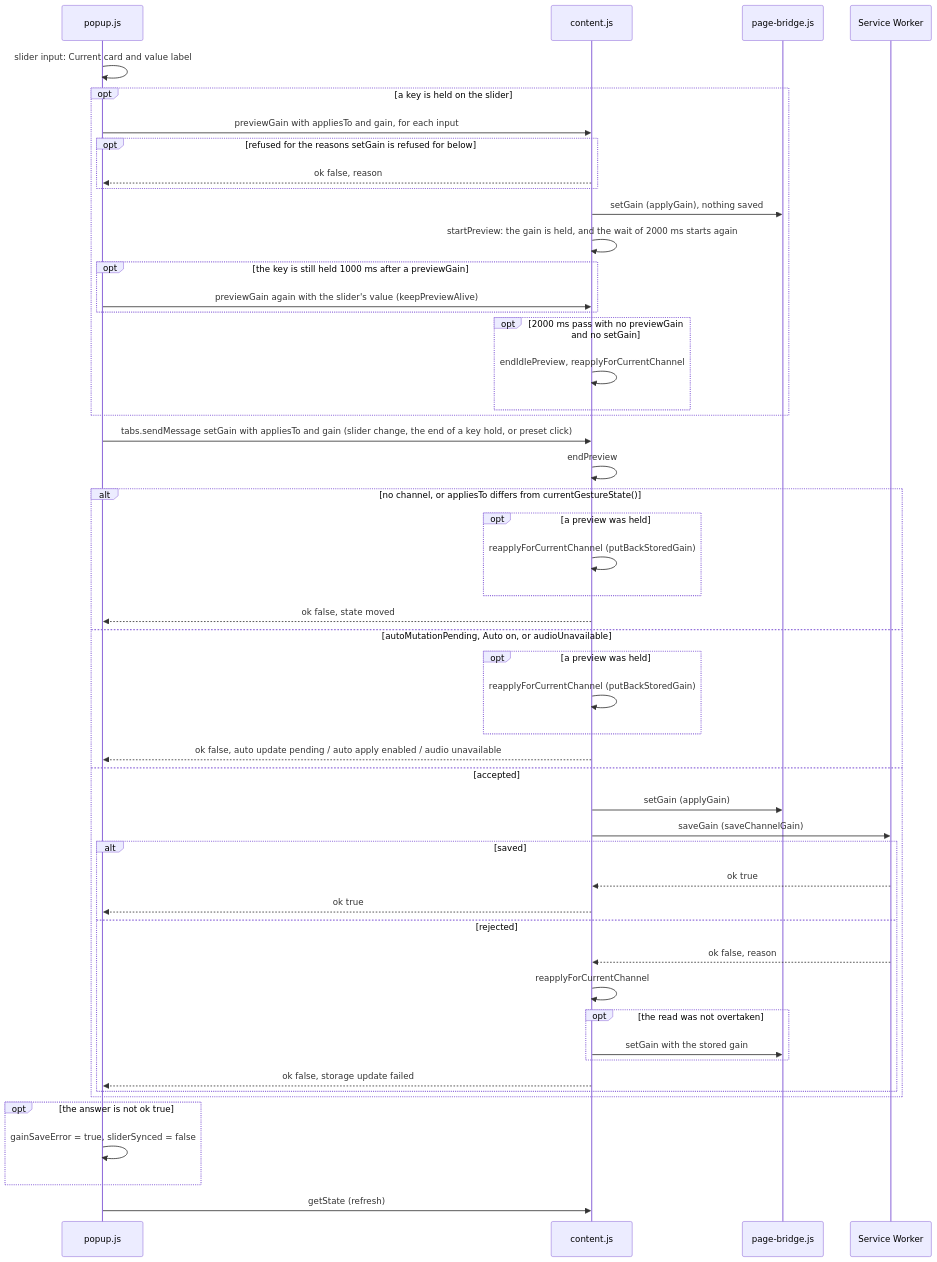
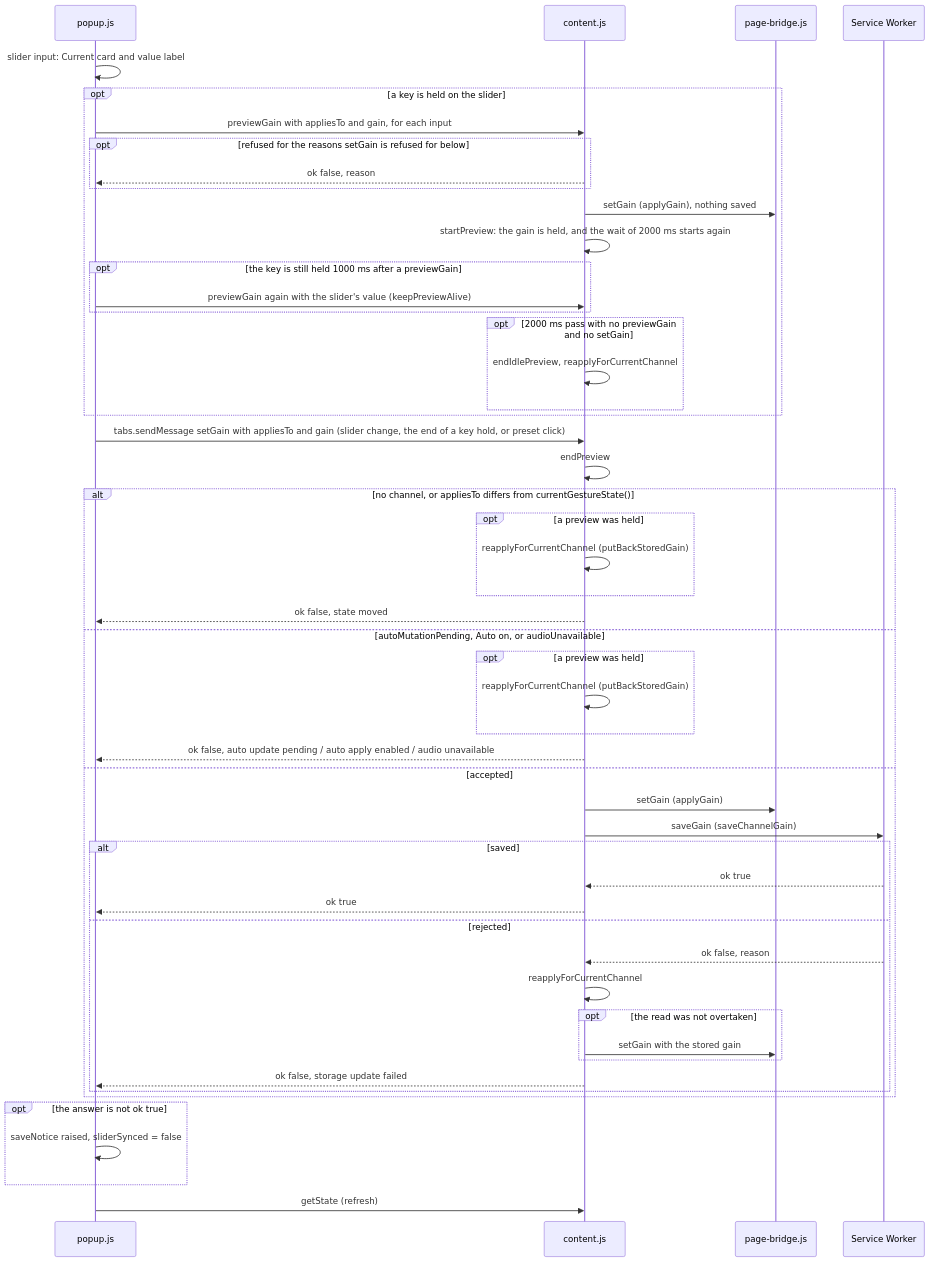
Before and after one commit to semnil/twitch-channel-volume: the sixth of 17 diagrams in docs/gain-change-and-save.md, drawn with Mermaid. The commit also changed other lines of this file and 7 other files, not shown here.

Commit message:
fix: take the popup's notice of an unsaved gain and its messages from core/common.js

````diff
--- a/docs/gain-change-and-save.md
+++ b/docs/gain-change-and-save.md
@@ -260,53 +260,53 @@
 ```mermaid
 sequenceDiagram
   participant popup as popup.js
   participant content as content.js
   participant bridge as page-bridge.js
   participant sw as Service Worker
   popup->>popup: slider input: Current card and value label
   opt a key is held on the slider
     popup->>content: previewGain with appliesTo and gain, for each input
     opt refused for the reasons setGain is refused for below
       content-->>popup: ok false, reason
     end
     content->>bridge: setGain (applyGain), nothing saved
     content->>content: startPreview: the gain is held, and the wait of 2000 ms starts again
     opt the key is still held 1000 ms after a previewGain
       popup->>content: previewGain again with the slider's value (keepPreviewAlive)
     end
     opt 2000 ms pass with no previewGain and no setGain
       content->>content: endIdlePreview, reapplyForCurrentChannel
     end
   end
   popup->>content: tabs.sendMessage setGain with appliesTo and gain (slider change, the end of a key hold, or preset click)
   content->>content: endPreview
   alt no channel, or appliesTo differs from currentGestureState()
     opt a preview was held
       content->>content: reapplyForCurrentChannel (putBackStoredGain)
     end
     content-->>popup: ok false, state moved
   else autoMutationPending, Auto on, or audioUnavailable
     opt a preview was held
       content->>content: reapplyForCurrentChannel (putBackStoredGain)
     end
     content-->>popup: ok false, auto update pending / auto apply enabled / audio unavailable
   else accepted
     content->>bridge: setGain (applyGain)
     content->>sw: saveGain (saveChannelGain)
     alt saved
       sw-->>content: ok true
       content-->>popup: ok true
     else rejected
       sw-->>content: ok false, reason
       content->>content: reapplyForCurrentChannel
       opt the read was not overtaken
         content->>bridge: setGain with the stored gain
       end
       content-->>popup: ok false, storage update failed
     end
   end
   opt the answer is not ok true
-    popup->>popup: gainSaveError = true, sliderSynced = false
+    popup->>popup: saveNotice raised, sliderSynced = false
   end
   popup->>content: getState (refresh)
 ```
````
